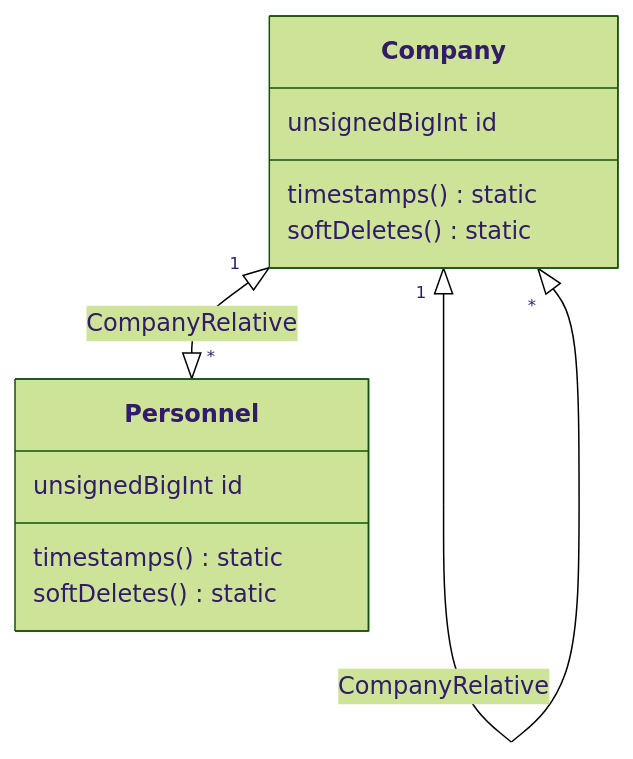
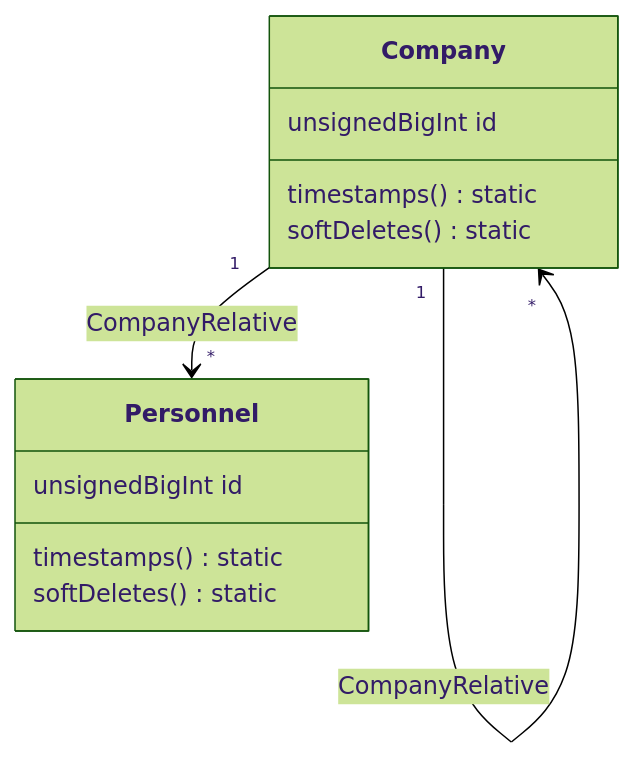
Before and after one commit to creasico/laravel-base: the second of 6 diagrams in database/README.md, drawn with Mermaid (forest theme). The commit also changed other lines of this file, not shown here.

````diff
--- a/database/README.md
+++ b/database/README.md
@@ -115,16 +140,16 @@
 ```mermaid
 classDiagram
-    Company "1" <|--|> "*" Company : CompanyRelative
-    Company "1" <|--|> "*" Personnel : CompanyRelative
+    Company "1" --> "*" Company : CompanyRelative
+    Company "1" --> "*" Personnel : CompanyRelative
 
     class Company {
         unsignedBigInt id
         timestamps() static
         softDeletes() static
     }
     class Personnel {
         unsignedBigInt id
         timestamps() static
         softDeletes() static
     }
 ```
````
